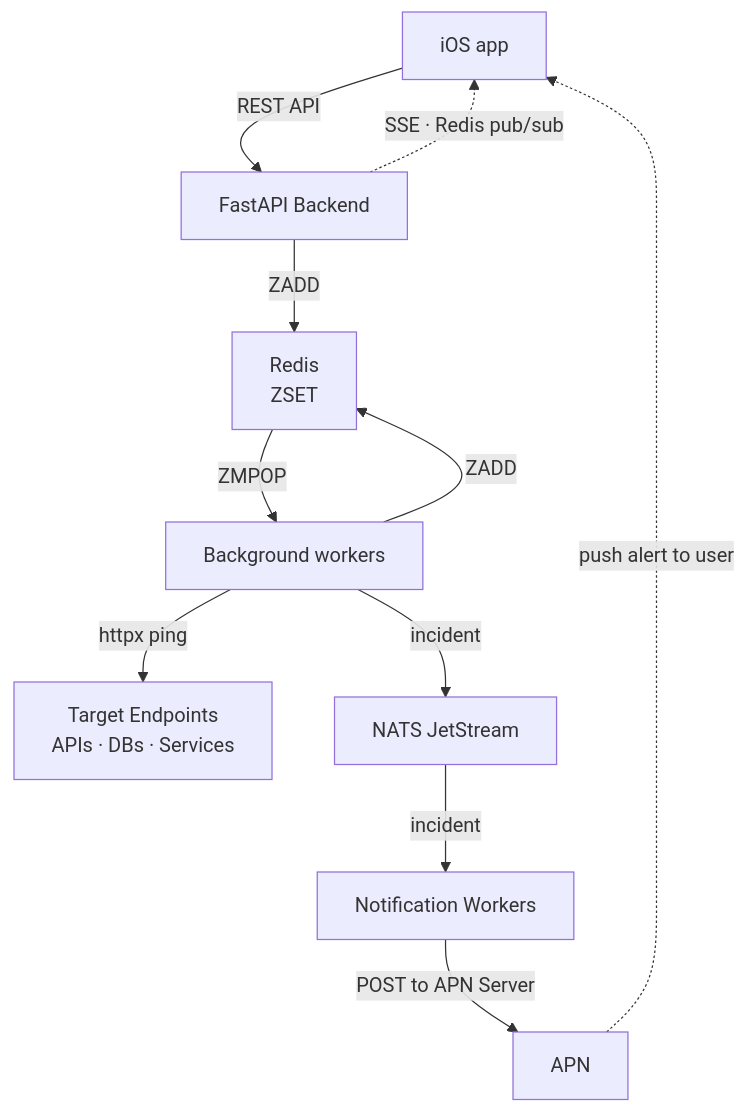
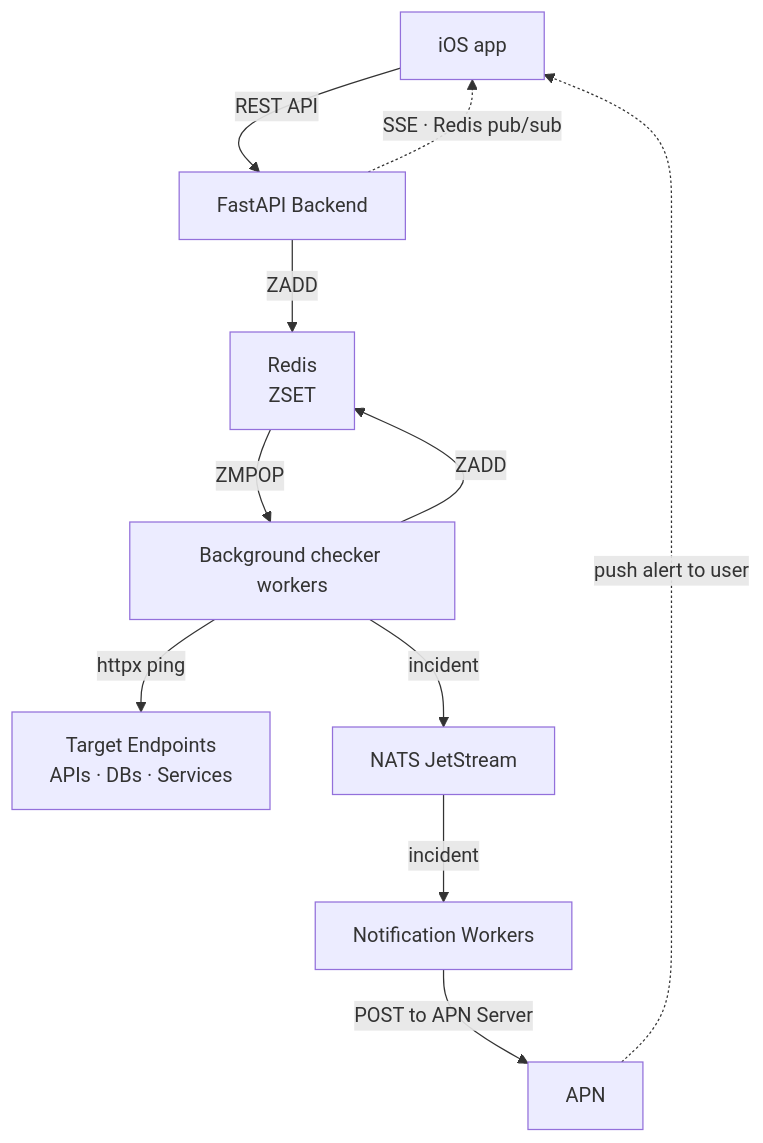
The diagram in src/content/posts/still200-system-architecture.md (dennis-nw/bytes-lab-blog), drawn with Mermaid before and after one commit. The commit also changed other lines of this file, not shown here.

````diff
--- a/src/content/posts/still200-system-architecture.md
+++ b/src/content/posts/still200-system-architecture.md
@@ -63,22 +63,22 @@
 ```mermaid
 flowchart TD
     A["iOS app"]
     B["FastAPI Backend"]
     C["Redis\nZSET"]
-    D["Background workers"]
+    D["Background checker workers"]
     E["Target Endpoints\nAPIs · DBs · Services"]
     F["NATS JetStream"]
     G["Notification Workers"]
     H["APN"]
 
     A -->|REST API| B
     B -.->|SSE · Redis pub/sub| A
     B -->|ZADD| C
     C -->|ZMPOP| D
     D -->|httpx ping| E
     D -->|incident| F
-    D -->|ZADD|C
-    F -->|incident|G
-    G --> |POST to APN Server|H
+    D -->|ZADD| C
+    F -->|incident| G
+    G --> |POST to APN Server| H
     H -.->|push alert to user| A
 ```
````
